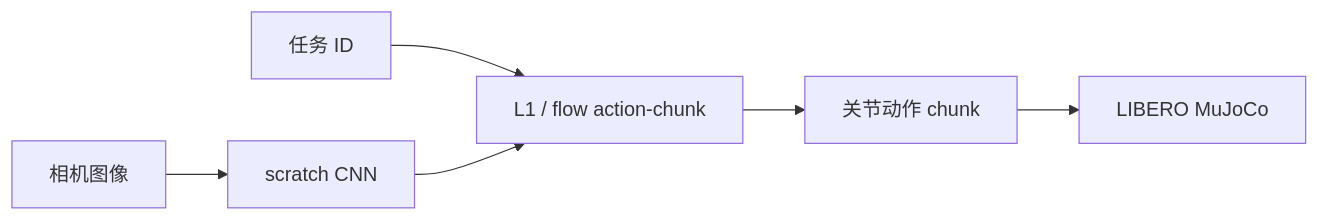
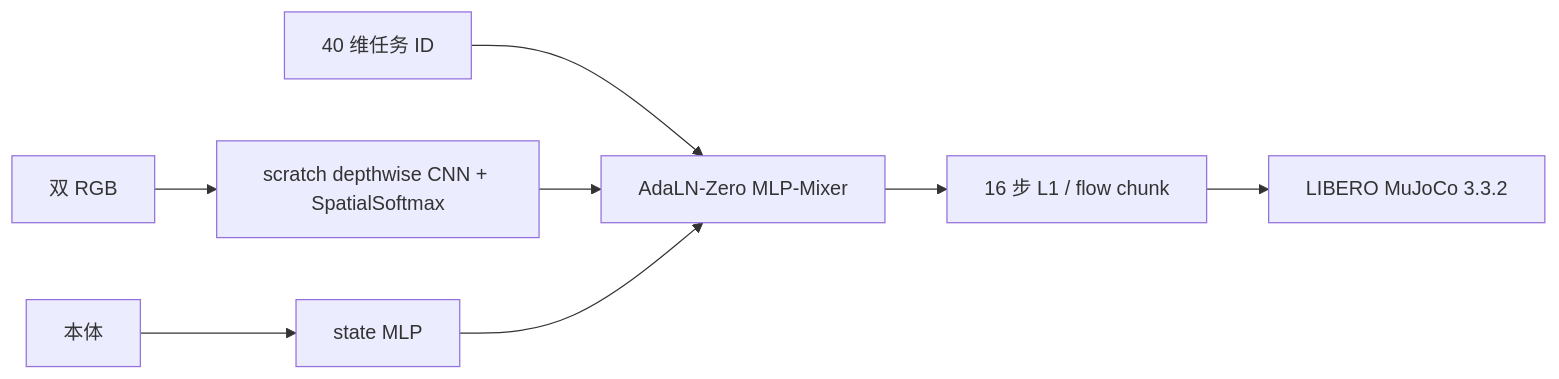
Before and after one commit to ImChong/Robotics_Notebooks: the first of 2 diagrams in wiki/entities/paper-minerva-libero.md, drawn with Mermaid. The commit also changed other lines of this file and 28 other files, not shown here.

````diff
--- a/wiki/entities/paper-minerva-libero.md
+++ b/wiki/entities/paper-minerva-libero.md
@@ -55,8 +59,10 @@
 ```mermaid
 flowchart LR
-  img[相机图像] --> cnn[scratch CNN]
-  tid[任务 ID] --> head[L1 / flow action-chunk]
+  img[双 RGB] --> cnn[scratch depthwise CNN + SpatialSoftmax]
+  tid[40 维任务 ID] --> head[AdaLN-Zero MLP-Mixer]
+  proprio[本体] --> mlp[state MLP]
   cnn --> head
-  head --> act[关节动作 chunk]
-  act --> env[LIBERO MuJoCo]
+  mlp --> head
+  head --> act[16 步 L1 / flow chunk]
+  act --> env[LIBERO MuJoCo 3.3.2]
 ```
````
